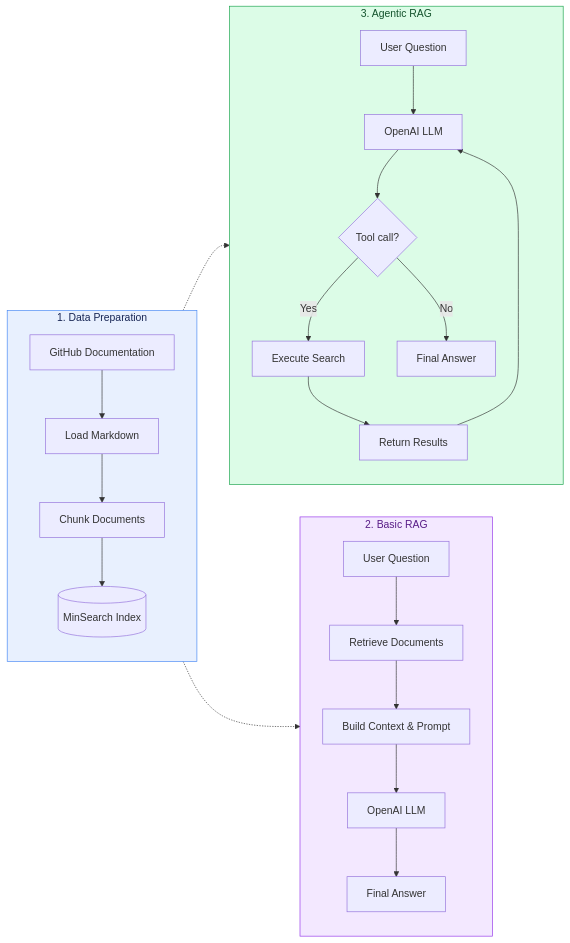
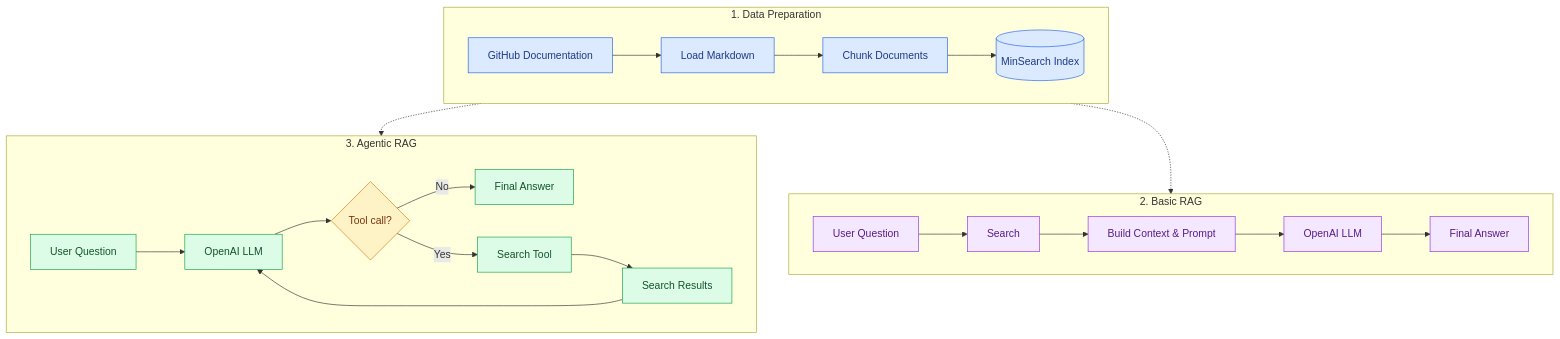
Before and after one commit to kyivskyiartur/llm-zoomcamp-2026-course-homework-1: the diagram in README.md, drawn with Mermaid.

Commit message:
Revise flowchart layout and styles in README
Updated flowchart direction and styling in README.md.

````diff
--- a/README.md
+++ b/README.md
@@ -13,34 +13,42 @@
 ```mermaid
-flowchart LR
+
+flowchart TB
     subgraph DATA["1. Data Preparation"]
-        direction TB
+        direction LR
         A["GitHub Documentation"] --> B["Load Markdown"]
         B --> C["Chunk Documents"]
         C --> D[("MinSearch Index")]
     end
 
     subgraph BASIC["2. Basic RAG"]
-        direction TB
-        E["User Question"] --> F["Retrieve Documents"]
+        direction LR
+        E["User Question"] --> F["Search"]
         F --> G["Build Context & Prompt"]
         G --> H["OpenAI LLM"]
         H --> I["Final Answer"]
     end
 
     subgraph AGENT["3. Agentic RAG"]
-        direction TB
+        direction LR
         J["User Question"] --> K["OpenAI LLM"]
         K --> L{"Tool call?"}
-        L -->|Yes| M["Execute Search"]
-        M --> N["Return Results"]
+        L -->|No| O["Final Answer"]
+        L -->|Yes| M["Search Tool"]
+        M --> N["Search Results"]
         N --> K
-        L -->|No| O["Final Answer"]
     end
 
     D -.-> F
     D -.-> M
 
-    style DATA fill:#e8f0fe,stroke:#4285f4,color:#172554
-    style BASIC fill:#f3e8ff,stroke:#9333ea,color:#581c87
-    style AGENT fill:#dcfce7,stroke:#16a34a,color:#14532d
+    classDef data fill:#DBEAFE,stroke:#2563EB,color:#1E3A8A
+    classDef basic fill:#F3E8FF,stroke:#9333EA,color:#581C87
+    classDef agent fill:#DCFCE7,stroke:#16A34A,color:#14532D
+    classDef decision fill:#FEF3C7,stroke:#D97706,color:#78350F
+
+    class A,B,C,D data
+    class E,F,G,H,I basic
+    class J,K,M,N,O agent
+    class L decision
+
 ```
````
